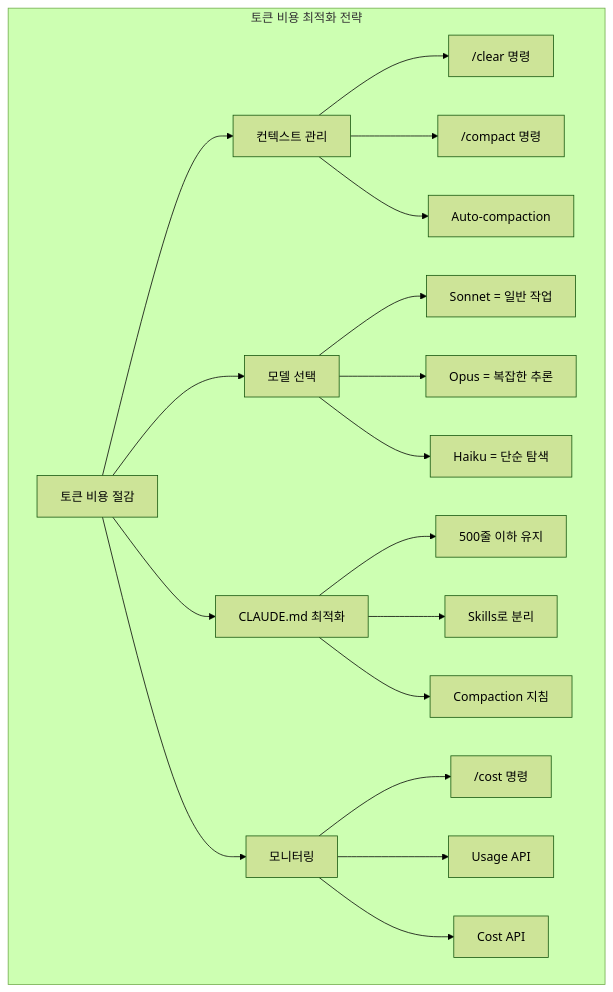
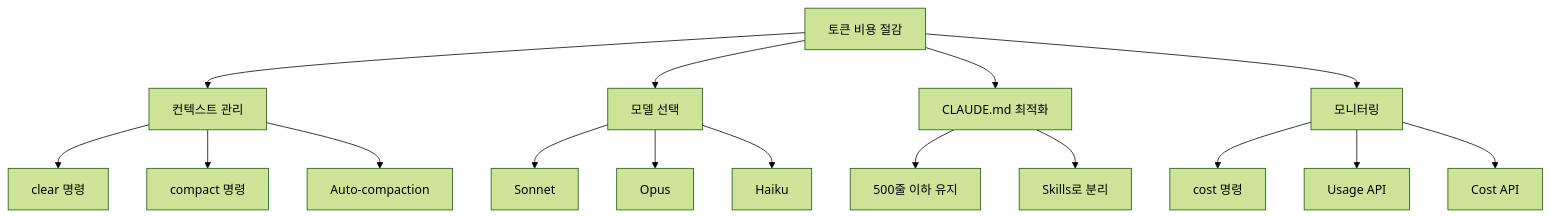
Before and after one commit to ice-ice-bear/ice-ice-bear.github.io: the first of 3 diagrams in content/posts/2026-03-03-claude-code-token-optimization.md, drawn with Mermaid (forest theme). The commit also changed other lines of this file and 1 other file, not shown here.

Commit message:
Simplify mermaid diagrams to fix rendering
- Remove all subgraphs, quoted labels, br tags, dotted arrows
- Use only simple node[text] and --> arrow syntax
- Split complex diagrams into smaller separate ones
- Match exact patterns from known-working posts

````diff
--- a/content/posts/2026-03-03-claude-code-token-optimization.md
+++ b/content/posts/2026-03-03-claude-code-token-optimization.md
@@ -15,25 +15,18 @@
 ```mermaid
 graph TD
-    subgraph "토큰 비용 최적화 전략"
-        A[토큰 비용 절감] --> B[컨텍스트 관리]
-        A --> C[모델 선택]
-        A --> D[CLAUDE.md 최적화]
-        A --> E[모니터링]
-
-        B --> B1["/clear 명령"]
-        B --> B2["/compact 명령"]
-        B --> B3["Auto-compaction"]
-
-        C --> C1["Sonnet = 일반 작업"]
-        C --> C2["Opus = 복잡한 추론"]
-        C --> C3["Haiku = 단순 탐색"]
-
-        D --> D1["500줄 이하 유지"]
-        D --> D2["Skills로 분리"]
-        D --> D3["Compaction 지침"]
-
-        E --> E1["/cost 명령"]
-        E --> E2["Usage API"]
-        E --> E3["Cost API"]
-    end
+    A[토큰 비용 절감] --> B[컨텍스트 관리]
+    A --> C[모델 선택]
+    A --> D[CLAUDE.md 최적화]
+    A --> E[모니터링]
+    B --> B1[clear 명령]
+    B --> B2[compact 명령]
+    B --> B3[Auto-compaction]
+    C --> C1[Sonnet]
+    C --> C2[Opus]
+    C --> C3[Haiku]
+    D --> D1[500줄 이하 유지]
+    D --> D2[Skills로 분리]
+    E --> E1[cost 명령]
+    E --> E2[Usage API]
+    E --> E3[Cost API]
 ```
````
